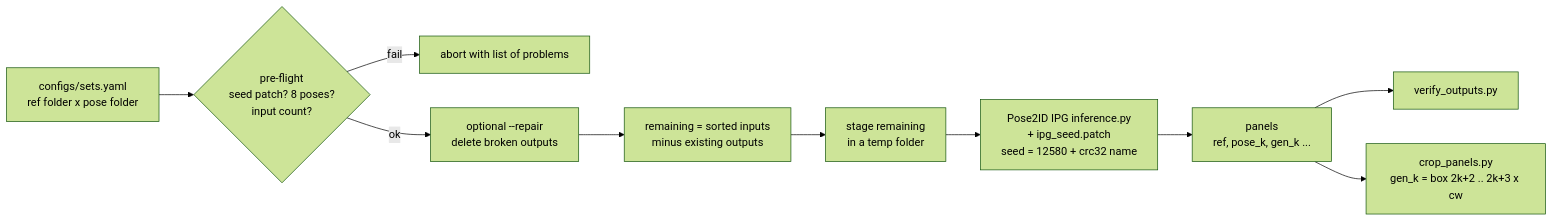
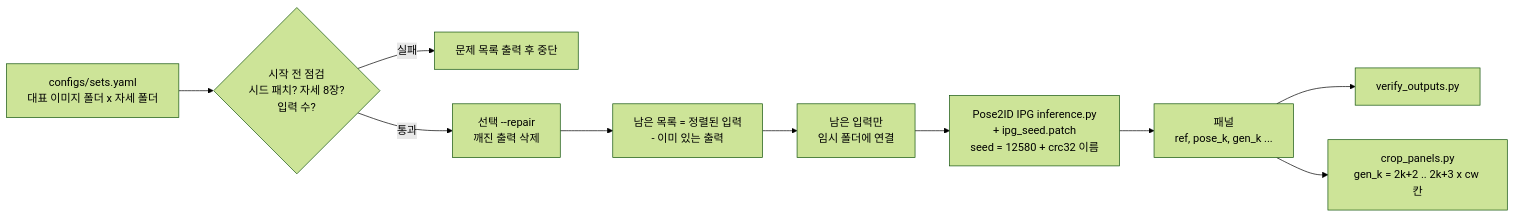
Before and after one commit to artelee/IndustrialAI: the diagram in 2026_석사논문_재현가능한_Diffusion생성/README.md, drawn with Mermaid (forest theme). The commit also changed other lines of this file and 18 other files, not shown here.

````diff
--- a/2026_석사논문_재현가능한_Diffusion생성/README.md
+++ b/2026_석사논문_재현가능한_Diffusion생성/README.md
@@ -7,12 +7,12 @@
 ```mermaid
 flowchart LR
-    Y[configs/sets.yaml<br/>ref folder x pose folder] --> P{pre-flight<br/>seed patch? 8 poses?<br/>input count?}
-    P -- fail --> X[abort with list of problems]
-    P -- ok --> R[optional --repair<br/>delete broken outputs]
-    R --> M[remaining = sorted inputs<br/>minus existing outputs]
-    M --> S[stage remaining<br/>in a temp folder]
-    S --> I[Pose2ID IPG inference.py<br/>+ ipg_seed.patch<br/>seed = 12580 + crc32 name]
-    I --> O[panels<br/>ref, pose_k, gen_k ...]
+    Y[configs/sets.yaml<br/>대표 이미지 폴더 x 자세 폴더] --> P{시작 전 점검<br/>시드 패치? 자세 8장?<br/>입력 수?}
+    P -- 실패 --> X[문제 목록 출력 후 중단]
+    P -- 통과 --> R[선택 --repair<br/>깨진 출력 삭제]
+    R --> M[남은 목록 = 정렬된 입력<br/>- 이미 있는 출력]
+    M --> S[남은 입력만<br/>임시 폴더에 연결]
+    S --> I[Pose2ID IPG inference.py<br/>+ ipg_seed.patch<br/>seed = 12580 + crc32 이름]
+    I --> O[패널<br/>ref, pose_k, gen_k ...]
     O --> V[verify_outputs.py]
-    O --> C[crop_panels.py<br/>gen_k = box 2k+2 .. 2k+3 x cw]
+    O --> C[crop_panels.py<br/>gen_k = 2k+2 .. 2k+3 x cw 칸]
 ```
````
